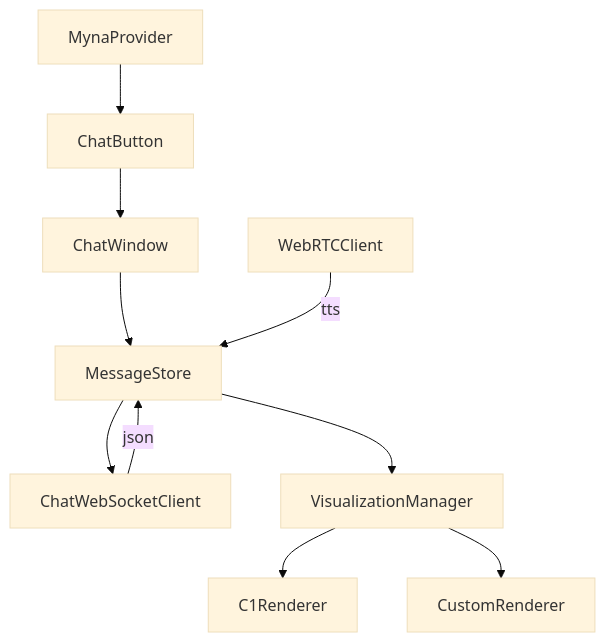
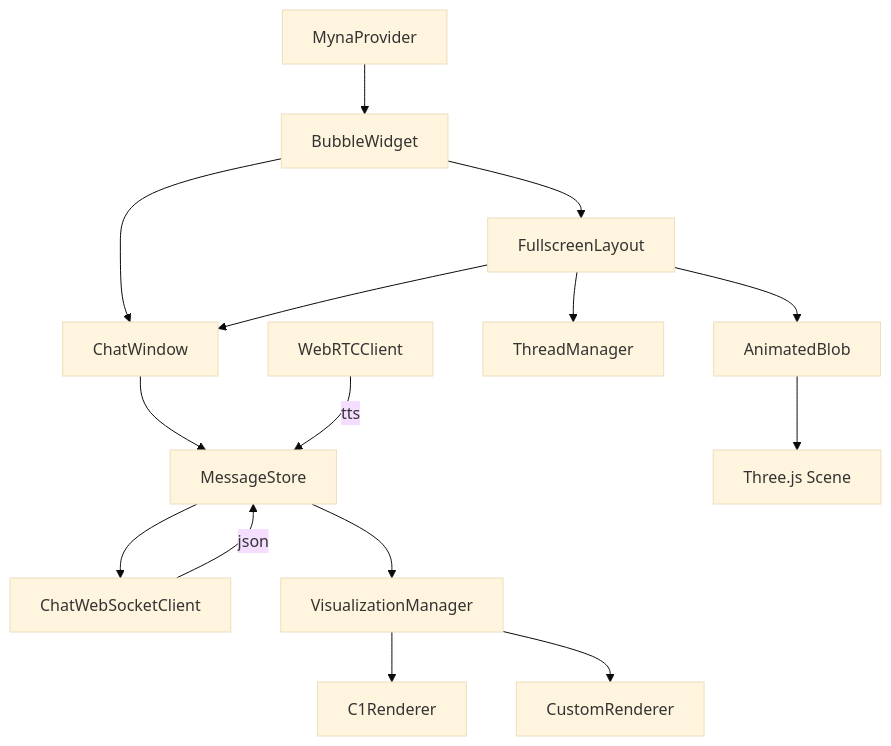
Before and after one commit to marmikcfc/ada: the third of 6 diagrams in docs/myna_prd_design.md, drawn with Mermaid (base theme). The commit also changed other lines of this file and 19 other files, not shown here.

````diff
--- a/docs/myna_prd_design.md
+++ b/docs/myna_prd_design.md
@@ -203,22 +322,31 @@
 ```mermaid
 graph TD
   Provider[MynaProvider]
-  Button[ChatButton]
+  Button[BubbleWidget]
   Window[ChatWindow]
+  Fullscreen[FullscreenLayout]
+  Blob[AnimatedBlob]
+  Threads[ThreadManager]
   Store[MessageStore]
   WSClient[ChatWebSocketClient]
   RTC[WebRTCClient]
   Vis[VisualizationManager]
   C1[C1Renderer]
   Custom[CustomRenderer]
+  ThreeJS[Three.js Scene]
 
   Provider --> Button
   Button --> Window
+  Button --> Fullscreen
+  Fullscreen --> Blob
+  Fullscreen --> Threads
+  Fullscreen --> Window
+  Blob --> ThreeJS
   Window --> Store
   Store --> WSClient
   Store --> Vis
   Vis --> C1
   Vis --> Custom
   WSClient -->|json| Store
   RTC -->|tts| Store
 ```
````
